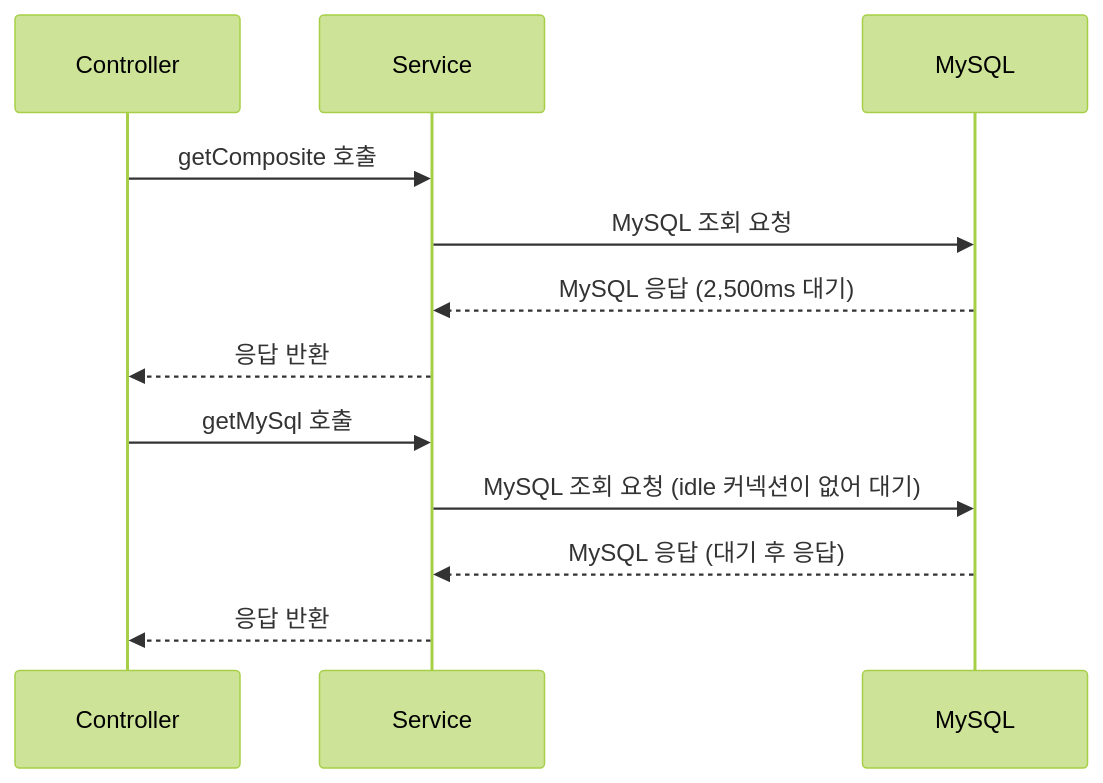
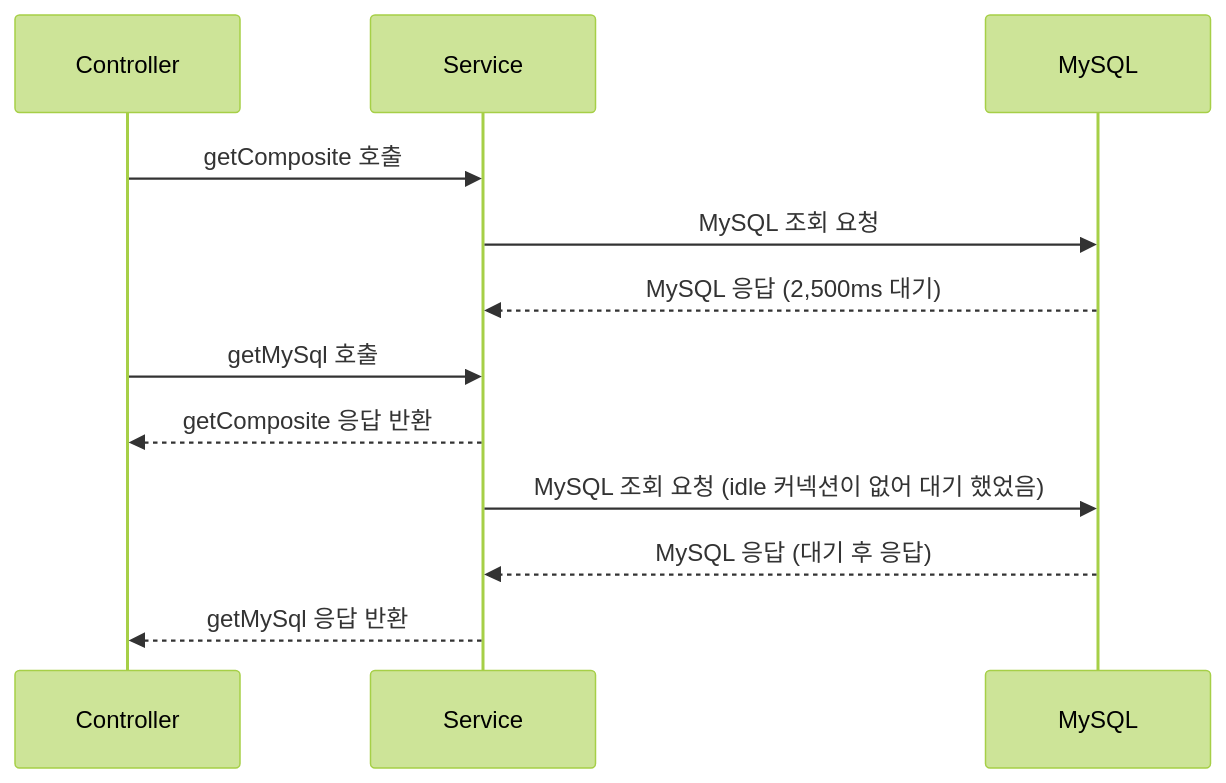
One commit to cheese10yun/blog-sample changed the third of 4 diagrams in redis/redis-lettuce-conneciton-pool-2.md. Above: the diagram before and after it, drawn with Mermaid (forest theme). The commit also changed other lines of this file, not shown here.

````diff
--- a/redis/redis-lettuce-conneciton-pool-2.md
+++ b/redis/redis-lettuce-conneciton-pool-2.md
@@ -154,14 +153,14 @@
 ```mermaid
 sequenceDiagram
     participant Controller
     participant Service
     participant MySQL
     Controller ->> Service: getComposite 호출
     Service ->> MySQL: MySQL 조회 요청
     MySQL -->> Service: MySQL 응답 (2,500ms 대기)
-    Service -->> Controller: 응답 반환
     Controller ->> Service: getMySql 호출
-    Service ->> MySQL: MySQL 조회 요청 (idle 커넥션이 없어 대기)
+    Service -->> Controller: getComposite 응답 반환
+    Service ->> MySQL: MySQL 조회 요청 (idle 커넥션이 없어 대기 했었음)
     MySQL -->> Service: MySQL 응답 (대기 후 응답)
-    Service -->> Controller: 응답 반환
+    Service -->> Controller: getMySql 응답 반환
 ```
````
